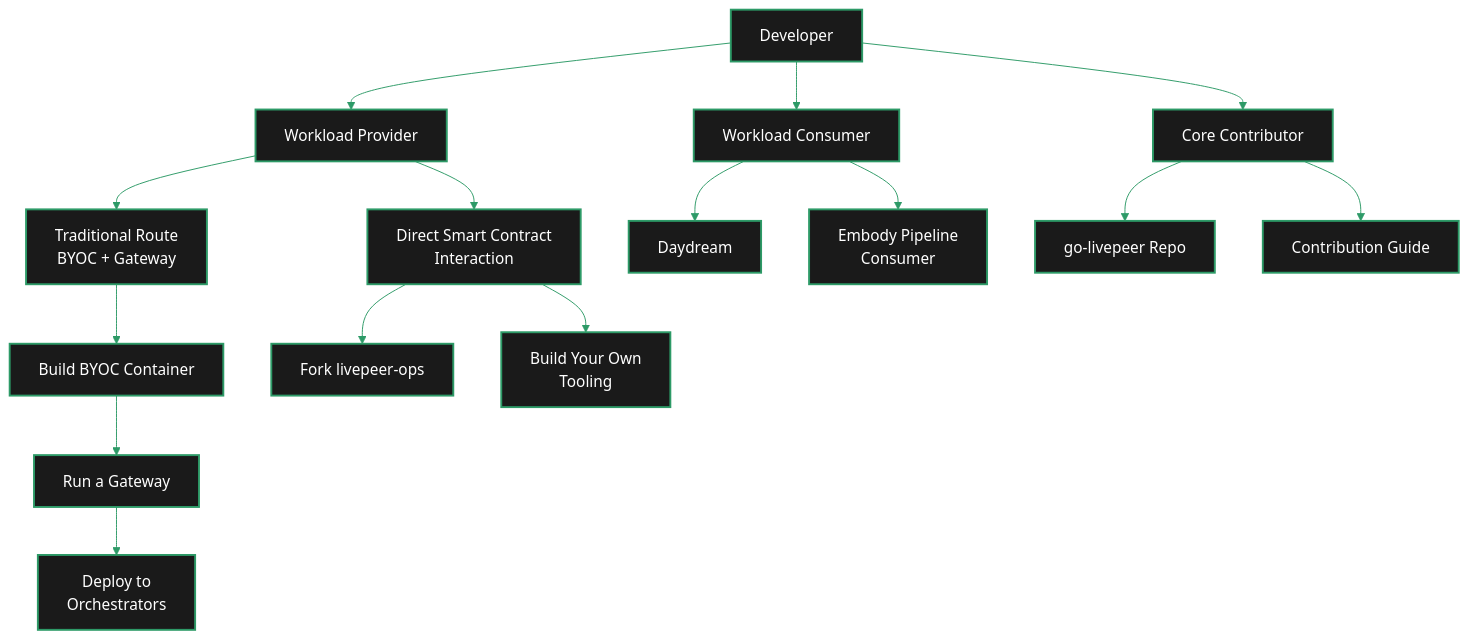
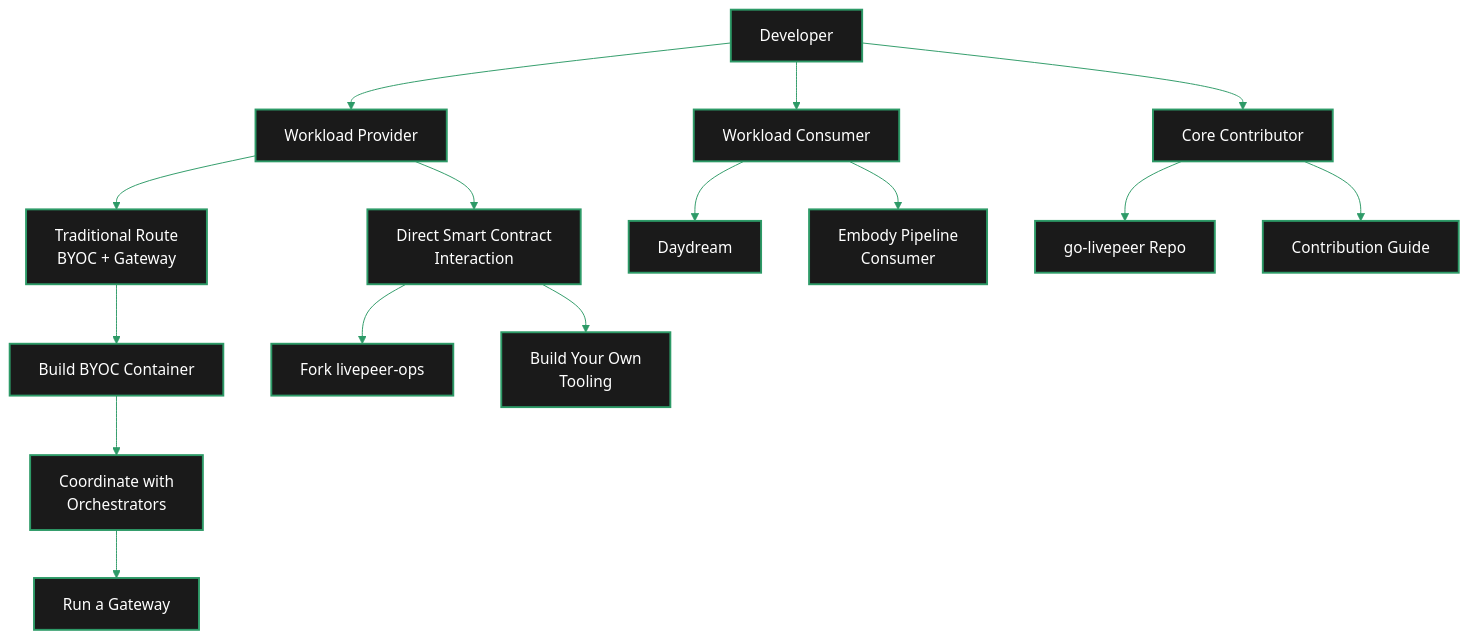
One commit to its-DeFine/docs changed the diagram in v2/developers/developer-journey.mdx. Above: the diagram before and after it, drawn with Mermaid. The commit also changed other lines of this file, not shown here.

Commit message:
Fix BYOC deploy step: orchestrators must be contacted directly
BYOC containers can't be pushed to the network automatically — providers
need to coordinate with orchestrators to get containers running on their
nodes before routing jobs through the gateway.

````diff
--- a/v2/developers/developer-journey.mdx
+++ b/v2/developers/developer-journey.mdx
@@ -27,25 +27,25 @@
 ```mermaid
 %%{init: {'theme': 'base', 'themeVariables': { 'primaryColor': '#1a1a1a', 'primaryTextColor': '#fff', 'primaryBorderColor': '#2d9a67', 'lineColor': '#2d9a67', 'secondaryColor': '#0d0d0d', 'tertiaryColor': '#1a1a1a', 'background': '#0d0d0d', 'fontFamily': 'system-ui', 'clusterBkg': 'rgba(255,255,255,0.05)', 'clusterBorder': '#2d9a67' }}}%%
 flowchart TD
     classDef default stroke-width:2px
 
     Start["Developer"] --> WP["Workload Provider"]
     Start --> WC["Workload Consumer"]
     Start --> CC["Core Contributor"]
 
     WP --> TR["Traditional Route<br/>BYOC + Gateway"]
     WP --> SC["Direct Smart Contract<br/>Interaction"]
 
     TR --> BYOC["Build BYOC Container"]
-    BYOC --> GW["Run a Gateway"]
-    GW --> DEPLOY["Deploy to<br/>Orchestrators"]
+    BYOC --> COORD["Coordinate with<br/>Orchestrators"]
+    COORD --> GW["Run a Gateway"]
 
     SC --> OPS["Fork livepeer-ops"]
     SC --> CUSTOM["Build Your Own<br/>Tooling"]
 
     WC --> DD["Daydream"]
     WC --> EP["Embody Pipeline<br/>Consumer"]
 
     CC --> REPO["go-livepeer Repo"]
     CC --> CG["Contribution Guide"]
 ```
````
